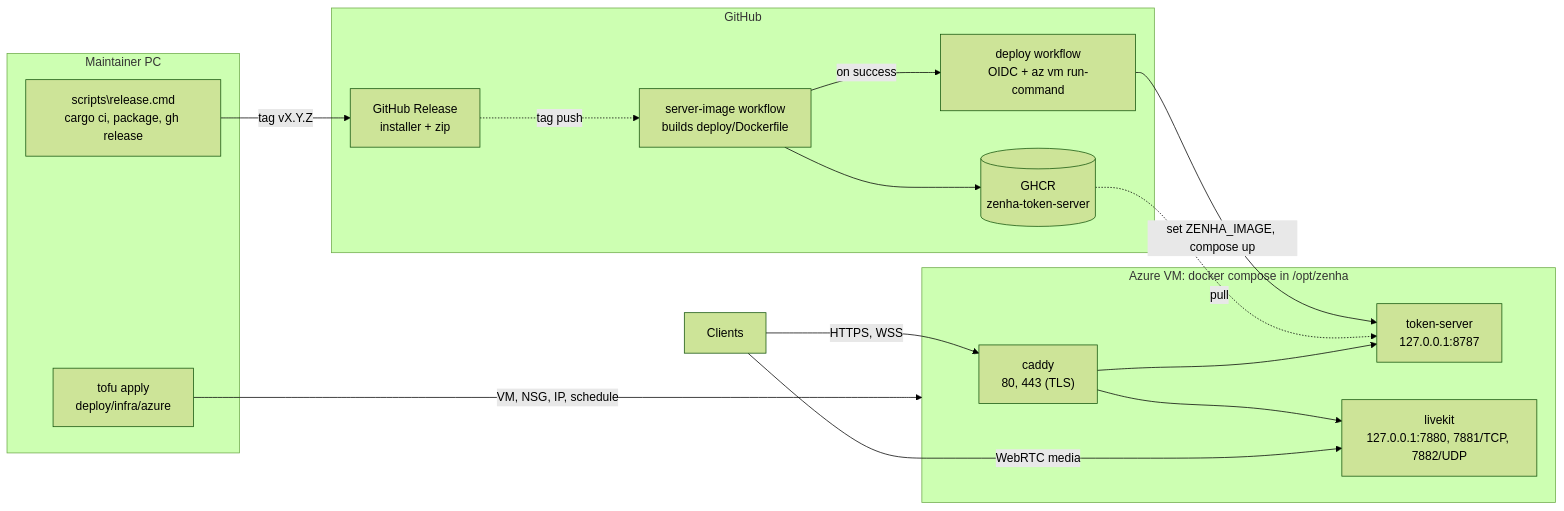
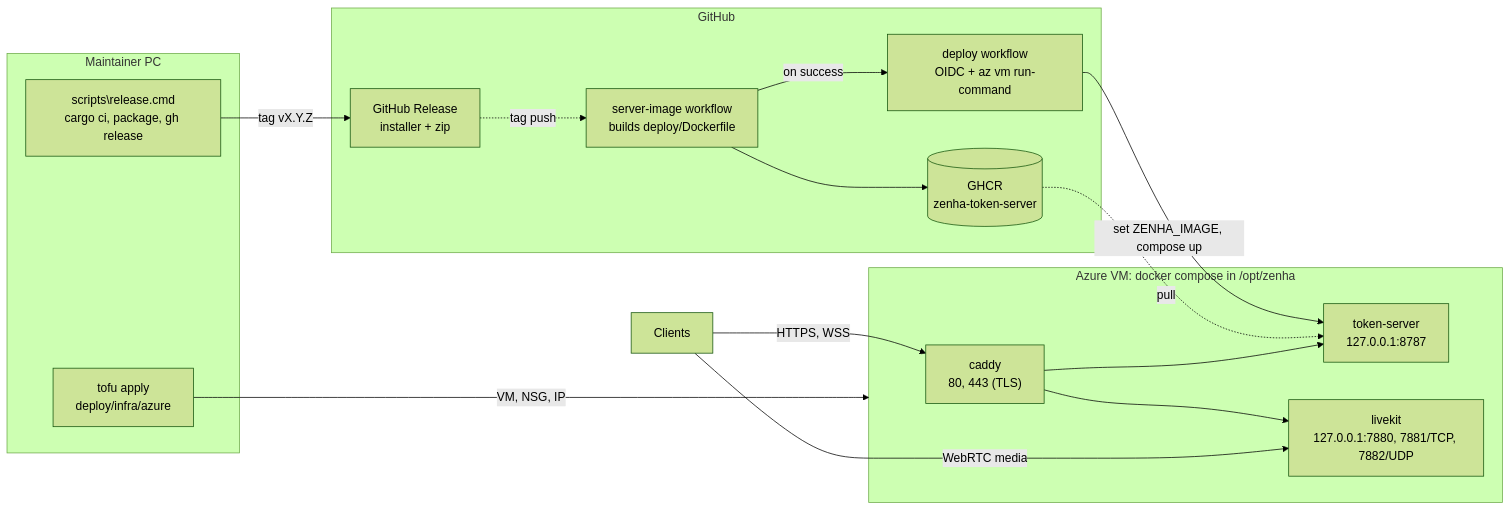
Before and after one commit to Pedroklg/zenha: the diagram in docs/deploy.md, drawn with Mermaid (forest theme). The commit also changed other lines of this file and 7 other files, not shown here.

````diff
--- a/docs/deploy.md
+++ b/docs/deploy.md
@@ -9,31 +9,31 @@
 ```mermaid
 flowchart LR
   subgraph PC["Maintainer PC"]
     rel["scripts\release.cmd<br/>cargo ci, package, gh release"]
     tofu["tofu apply<br/>deploy/infra/azure"]
   end
   subgraph GH["GitHub"]
     release["GitHub Release<br/>installer + zip"]
     img["server-image workflow<br/>builds deploy/Dockerfile"]
     ghcr[("GHCR<br/>zenha-token-server")]
     dep["deploy workflow<br/>OIDC + az vm run-command"]
   end
   subgraph VM["Azure VM: docker compose in /opt/zenha"]
     caddy["caddy<br/>80, 443 (TLS)"]
     ts["token-server<br/>127.0.0.1:8787"]
     lk["livekit<br/>127.0.0.1:7880, 7881/TCP, 7882/UDP"]
   end
   users["Clients"]
 
   rel -- "tag vX.Y.Z" --> release
   release -. "tag push" .-> img
   img --> ghcr
   img -- "on success" --> dep
   dep -- "set ZENHA_IMAGE, compose up" --> ts
   ghcr -. pull .-> ts
-  tofu -- "VM, NSG, IP, schedule" --> VM
+  tofu -- "VM, NSG, IP" --> VM
   users -- "HTTPS, WSS" --> caddy
   caddy --> ts
   caddy --> lk
   users -- "WebRTC media" --> lk
 ```
````
